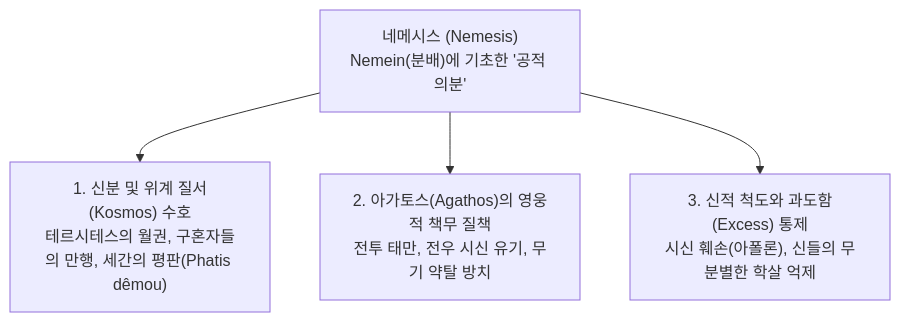
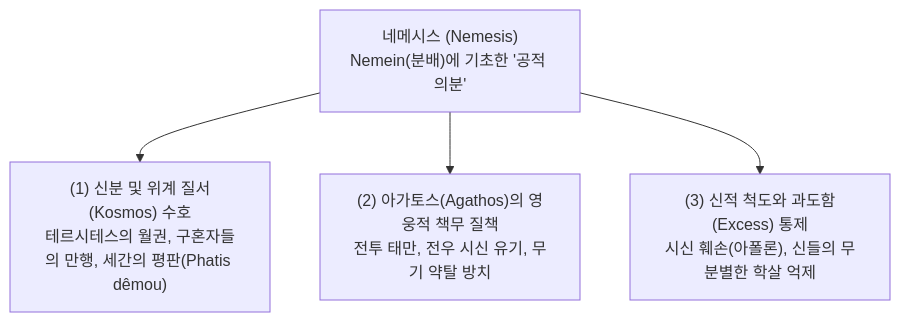
One commit to YgHnSIM/Homer_wiki changed the diagram in wiki/concepts/concept-nemesis.md. Above: the diagram before and after it, drawn with Mermaid. The commit also changed 6 other files, not shown here.

````diff
--- a/wiki/concepts/concept-nemesis.md
+++ b/wiki/concepts/concept-nemesis.md
@@ -30,6 +30,6 @@
 ```mermaid
 graph TD
-    A["네메시스 (Nemesis)<br/>Nemein(분배)에 기초한 '공적 의분'"] --> B["1. 신분 및 위계 질서(Kosmos) 수호<br/>테르시테스의 월권, 구혼자들의 만행, 세간의 평판(Phatis dêmou)"]
-    A --> C["2. 아가토스(Agathos)의 영웅적 책무 질책<br/>전투 태만, 전우 시신 유기, 무기 약탈 방치"]
-    A --> D["3. 신적 척도와 과도함(Excess) 통제<br/>시신 훼손(아폴론), 신들의 무분별한 학살 억제"]
+    A["네메시스 (Nemesis)<br/>Nemein(분배)에 기초한 '공적 의분'"] --> B["(1) 신분 및 위계 질서(Kosmos) 수호<br/>테르시테스의 월권, 구혼자들의 만행, 세간의 평판(Phatis dêmou)"]
+    A --> C["(2) 아가토스(Agathos)의 영웅적 책무 질책<br/>전투 태만, 전우 시신 유기, 무기 약탈 방치"]
+    A --> D["(3) 신적 척도와 과도함(Excess) 통제<br/>시신 훼손(아폴론), 신들의 무분별한 학살 억제"]
 ```
````
